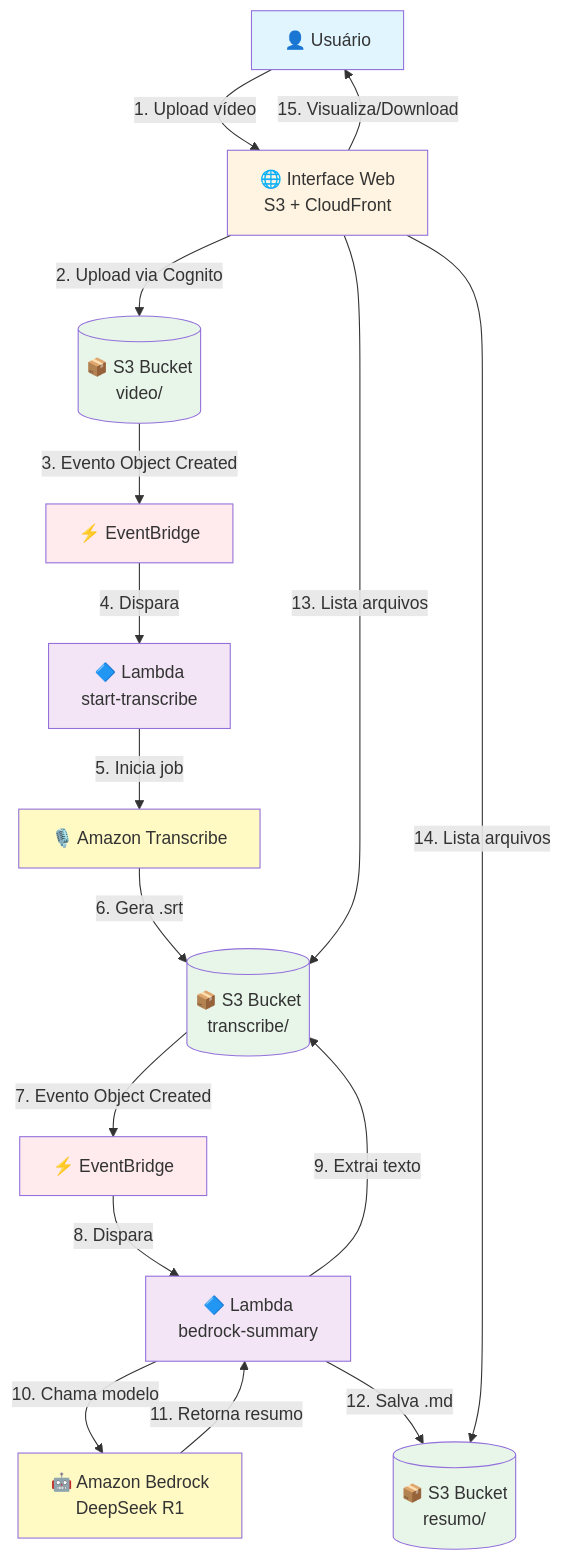
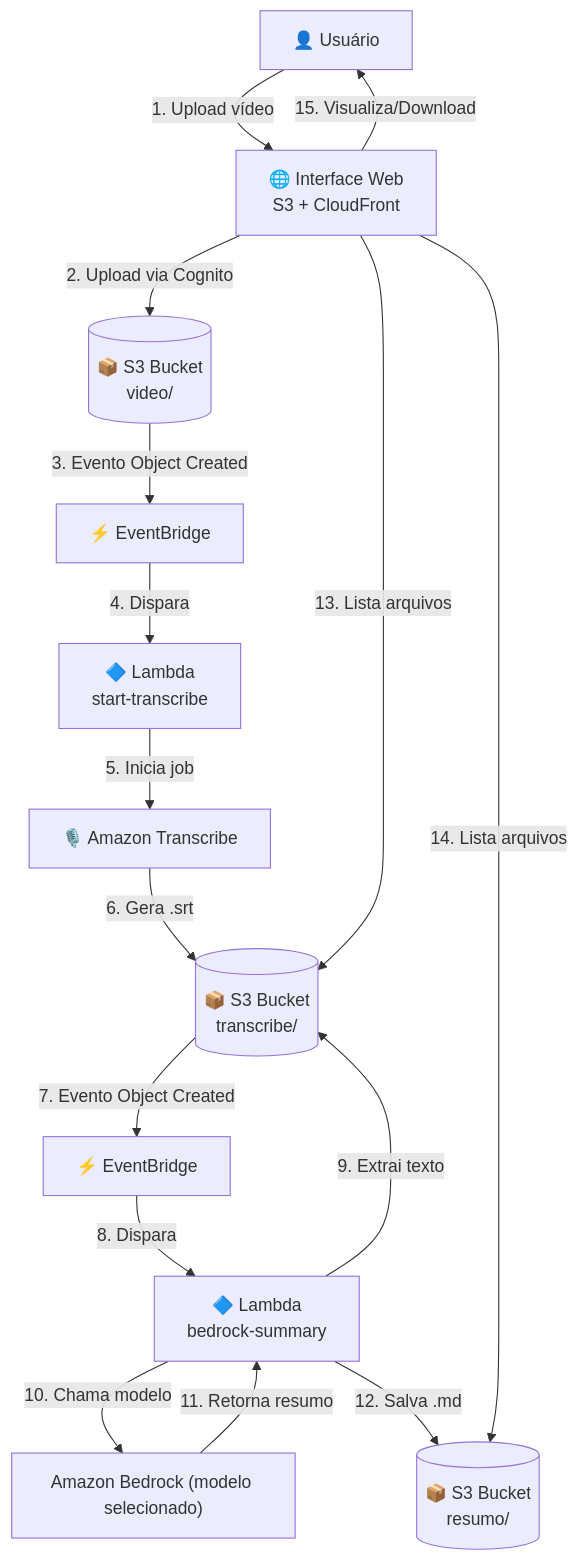
Before and after one commit to mramalho/meetup: the first of 2 diagrams in README.md, drawn with Mermaid. The commit also changed other lines of this file and 1 other file, not shown here.

````diff
--- a/README.md
+++ b/README.md
@@ -42,35 +46,23 @@
 ```mermaid
 graph TB
     User[👤 Usuário] -->|1. Upload vídeo| WebApp[🌐 Interface Web<br/>S3 + CloudFront]
     WebApp -->|2. Upload via Cognito| S3Video[(📦 S3 Bucket<br/>video/)]
     
     S3Video -->|3. Evento Object Created| EventBridge[⚡ EventBridge]
     EventBridge -->|4. Dispara| LambdaTranscribe[🔷 Lambda<br/>start-transcribe]
     
     LambdaTranscribe -->|5. Inicia job| Transcribe[🎙️ Amazon Transcribe]
     Transcribe -->|6. Gera .srt| S3Transcribe[(📦 S3 Bucket<br/>transcribe/)]
     
     S3Transcribe -->|7. Evento Object Created| EventBridge2[⚡ EventBridge]
     EventBridge2 -->|8. Dispara| LambdaBedrock[🔷 Lambda<br/>bedrock-summary]
     
     LambdaBedrock -->|9. Extrai texto| S3Transcribe
-    LambdaBedrock -->|10. Chama modelo| Bedrock[🤖 Amazon Bedrock<br/>DeepSeek R1]
+    LambdaBedrock -->|10. Chama modelo| Bedrock["Amazon Bedrock (modelo selecionado)"]
     Bedrock -->|11. Retorna resumo| LambdaBedrock
     LambdaBedrock -->|12. Salva .md| S3Resumo[(📦 S3 Bucket<br/>resumo/)]
     
     WebApp -->|13. Lista arquivos| S3Transcribe
     WebApp -->|14. Lista arquivos| S3Resumo
     WebApp -->|15. Visualiza/Download| User
-    
-    style User fill:#e1f5ff
-    style WebApp fill:#fff4e1
-    style S3Video fill:#e8f5e9
-    style S3Transcribe fill:#e8f5e9
-    style S3Resumo fill:#e8f5e9
-    style LambdaTranscribe fill:#f3e5f5
-    style LambdaBedrock fill:#f3e5f5
-    style Transcribe fill:#fff9c4
-    style Bedrock fill:#fff9c4
-    style EventBridge fill:#ffebee
-    style EventBridge2 fill:#ffebee
 ```
````
